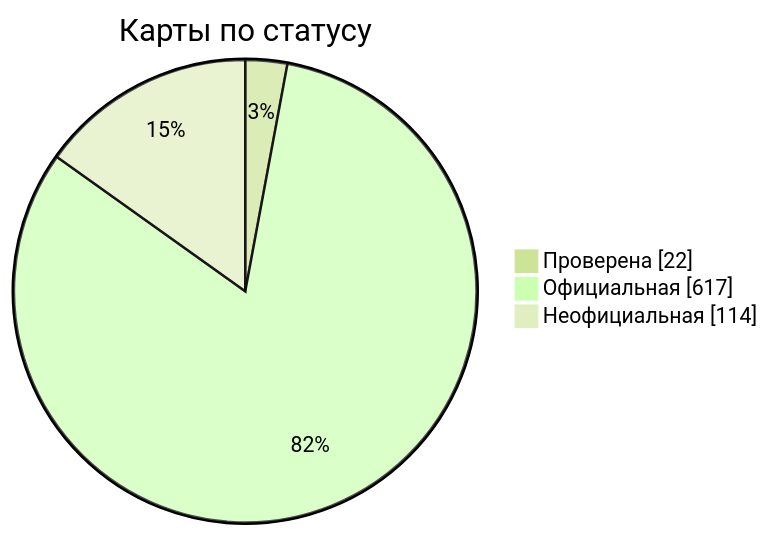
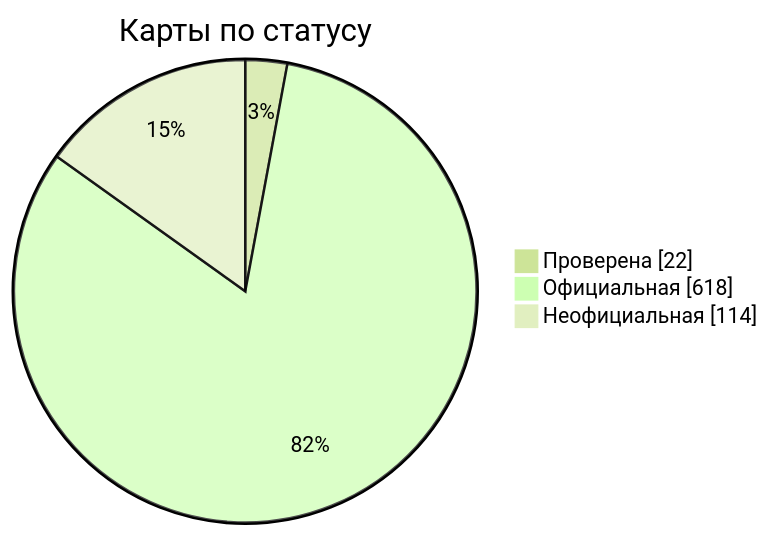
The diagram in docs/readme/README_RU.md (nobrega8/mbmap-library), drawn with Mermaid (forest theme) before and after one commit. The commit also changed 6 other files, not shown here.

````diff
--- a/docs/readme/README_RU.md
+++ b/docs/readme/README_RU.md
@@ -54,7 +54,7 @@
 ```mermaid
 pie showData
     title Карты по статусу
     "Проверена" : 22
-    "Официальная" : 617
+    "Официальная" : 618
     "Неофициальная" : 114
 ```
````
